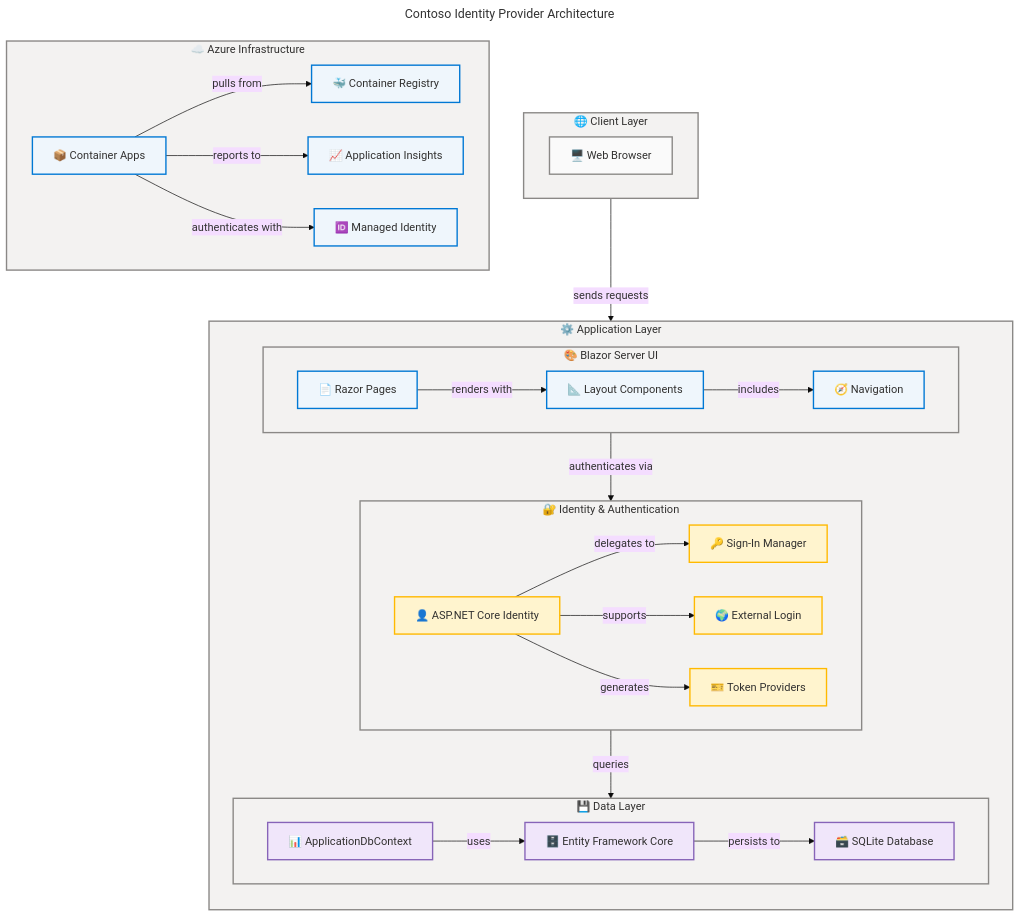
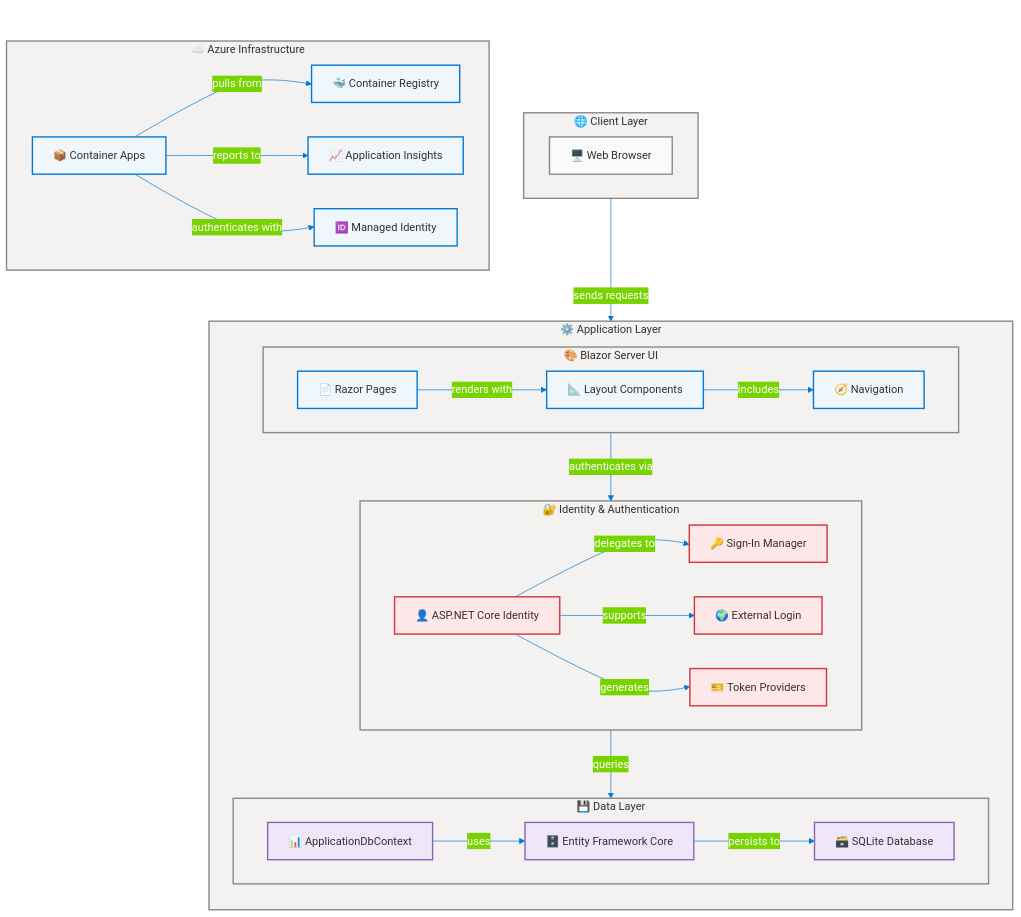
Before and after one commit to Evilazaro/IdentityProvider: the diagram in README.md, drawn with Mermaid.

Commit message:
Refactor architecture diagram in README.md for improved clarity and updated styling

````diff
--- a/README.md
+++ b/README.md
@@ -25,17 +25,22 @@
 ```mermaid
 ---
-title: "Contoso Identity Provider Architecture"
+title: Contoso Identity Provider Architecture
 config:
   theme: base
   look: classic
   layout: dagre
-  themeVariables:
-    fontSize: '16px'
   flowchart:
     htmlLabels: true
+    curve: cardinal
+  themeVariables:
+    primaryColor: '#0078D4'
+    primaryBorderColor: '#106EBE'
+    primaryTextColor: '#FFFFFF'
+    lineColor: '#0078D4'
+    fontSize: '16px'
 ---
 flowchart TD
-    accTitle: Contoso Identity Provider Architecture Diagram
+    accTitle: Contoso Identity Provider Architecture
     accDescr: Shows the layered architecture of the Identity Provider including UI, authentication, data, and Azure infrastructure components
 
     %% ═══════════════════════════════════════════════════════════════════════════
@@ -66,10 +71,10 @@
 
         subgraph auth["🔐 Identity & Authentication"]
             direction LR
-            identity["👤 ASP.NET Core Identity"]:::warning
-            signin["🔑 Sign-In Manager"]:::warning
-            external["🌍 External Login"]:::warning
-            tokens["🎫 Token Providers"]:::warning
+            identity["👤 ASP.NET Core Identity"]:::danger
+            signin["🔑 Sign-In Manager"]:::danger
+            external["🌍 External Login"]:::danger
+            tokens["🎫 Token Providers"]:::danger
         end
 
         subgraph dataLayer["💾 Data Layer"]
@@ -105,7 +110,7 @@
     %% Centralized semantic classDefs
     classDef neutral fill:#FAFAFA,stroke:#8A8886,stroke-width:2px,color:#323130
     classDef core fill:#EFF6FC,stroke:#0078D4,stroke-width:2px,color:#323130
-    classDef warning fill:#FFF4CE,stroke:#FFB900,stroke-width:2px,color:#323130
+    classDef danger fill:#FDE7E9,stroke:#D13438,stroke-width:2px,color:#323130
     classDef data fill:#F0E6FA,stroke:#8764B8,stroke-width:2px,color:#323130
 
     %% Subgraph styling (6 subgraphs = 6 style directives)
````
